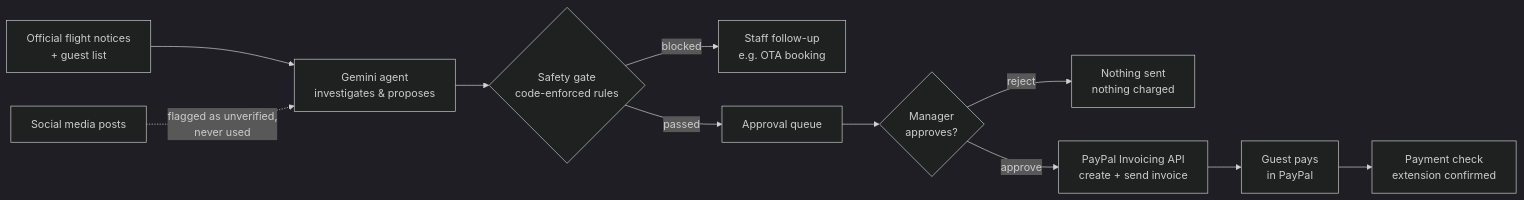
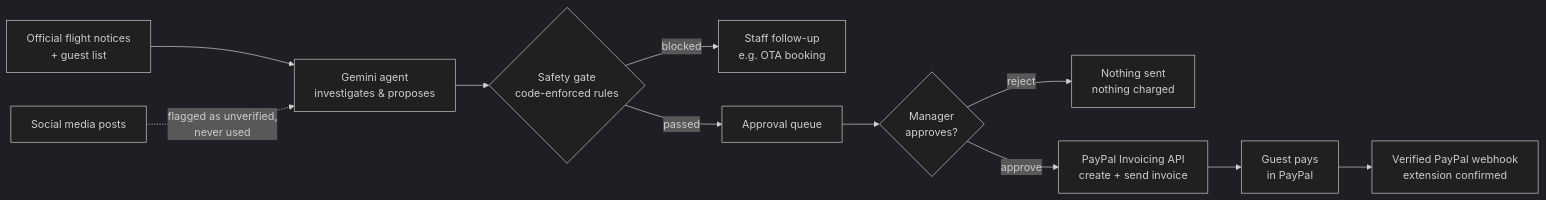
The diagram in README.md (hourencaosote-cpu/nankuru-banto), drawn with Mermaid (dark theme) before and after one commit. The commit also changed other lines of this file and 10 other files, not shown here.

````diff
--- a/README.md
+++ b/README.md
@@ -33,13 +33,13 @@
 ```mermaid
 flowchart LR
     A[Official flight notices<br/>+ guest list] --> B[Gemini agent<br/>investigates & proposes]
     S[Social media posts] -. flagged as unverified,<br/>never used .-> B
     B --> G{Safety gate<br/>code-enforced rules}
     G -- blocked --> N[Staff follow-up<br/>e.g. OTA booking]
     G -- passed --> Q[Approval queue]
     Q --> M{Manager<br/>approves?}
     M -- reject --> X[Nothing sent<br/>nothing charged]
     M -- approve --> P[PayPal Invoicing API<br/>create + send invoice]
     P --> C[Guest pays<br/>in PayPal]
-    C --> K[Payment check<br/>extension confirmed]
+    C --> K[Verified PayPal webhook<br/>extension confirmed]
 ```
````
